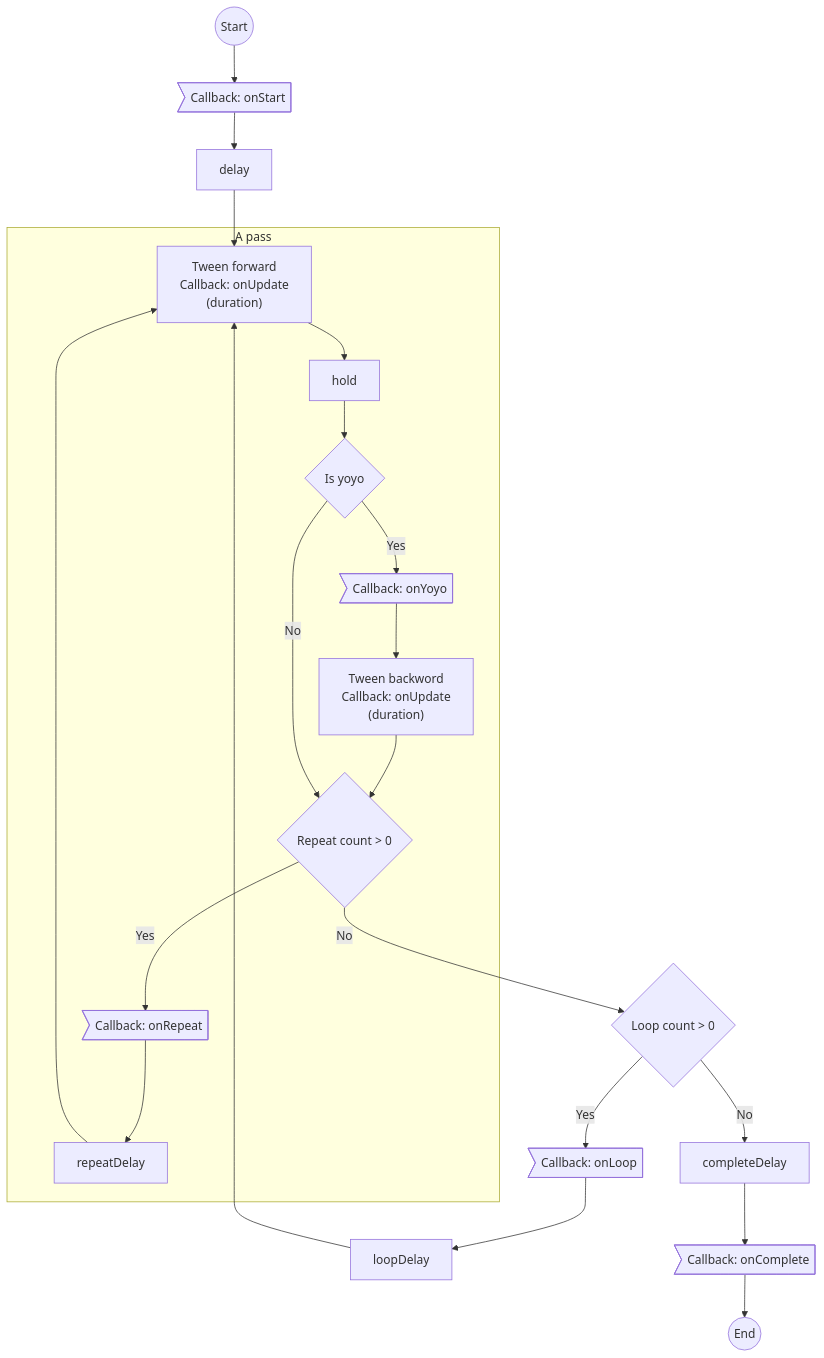
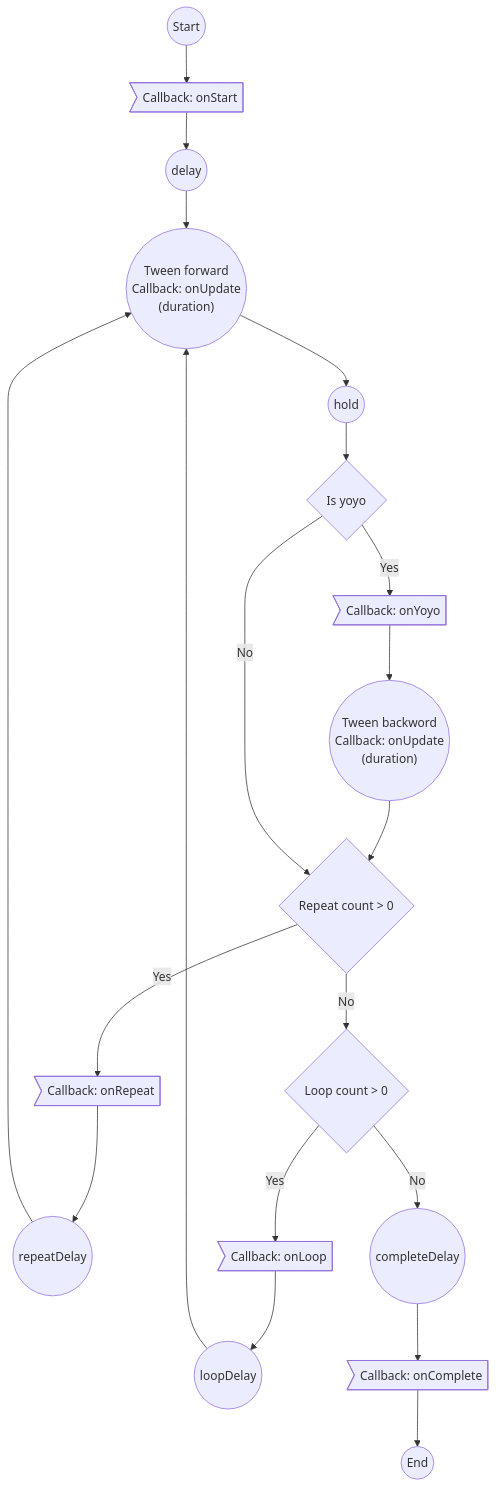
The diagram in docs/docs/tween.md (rexrainbow/phaser3-rex-notes), drawn with Mermaid before and after one commit. The commit also changed other lines of this file and 1 other file, not shown here.

````diff
--- a/docs/docs/tween.md
+++ b/docs/docs/tween.md
@@ -500,31 +541,27 @@
 ```mermaid
 graph TB
 
 Start((Start)) --> CallbackOnStart
-CallbackOnStart>"Callback: onStart"] --> ActiveDelay["delay"]
-ActiveDelay --> DurationForward["Tween forward<br>Callback: onUpdate<br>(duration)"]
+CallbackOnStart>"Callback: onStart"] --> ActiveDelay(("delay"))
+ActiveDelay --> DurationForward
 
-subgraph A pass
-
-DurationForward --> Hold["hold"]
-Hold --> IsYoyo{Is yoyo}
+DurationForward(("Tween forward<br>Callback: onUpdate<br>(duration)")) --> Hold["hold"]
+Hold((hold)) --> IsYoyo{Is yoyo}
 IsYoyo --> |Yes| CallbackOnYoyo>"Callback: onYoyo"]
-CallbackOnYoyo --> DurationBackward["Tween backword<br>Callback: onUpdate<br>(duration)"]
+CallbackOnYoyo --> DurationBackward(("Tween backword<br>Callback: onUpdate<br>(duration)"))
 DurationBackward --> IsRepeat{"Repeat count > 0"}
 IsYoyo --> |No| IsRepeat
 IsRepeat --> |Yes| CallbackOnRepeat>"Callback: onRepeat"]
-CallbackOnRepeat --> RepeatDelay["repeatDelay"]
+CallbackOnRepeat --> RepeatDelay(("repeatDelay"))
 RepeatDelay --> DurationForward
-
-end
 
 IsRepeat --> |No| IsLoop{"Loop count > 0"}
 
 IsLoop --> |Yes| CallbackOnLoop
-CallbackOnLoop>"Callback: onLoop"] --> LoopDelay["loopDelay"]
+CallbackOnLoop>"Callback: onLoop"] --> LoopDelay(("loopDelay"))
 LoopDelay --> DurationForward
 
 IsLoop --> |No| CompleteDelay
-CompleteDelay["completeDelay"] --> CallbackOnComplete>"Callback: onComplete"]
+CompleteDelay(("completeDelay")) --> CallbackOnComplete>"Callback: onComplete"]
 CallbackOnComplete --> End((End))
 ```
````
